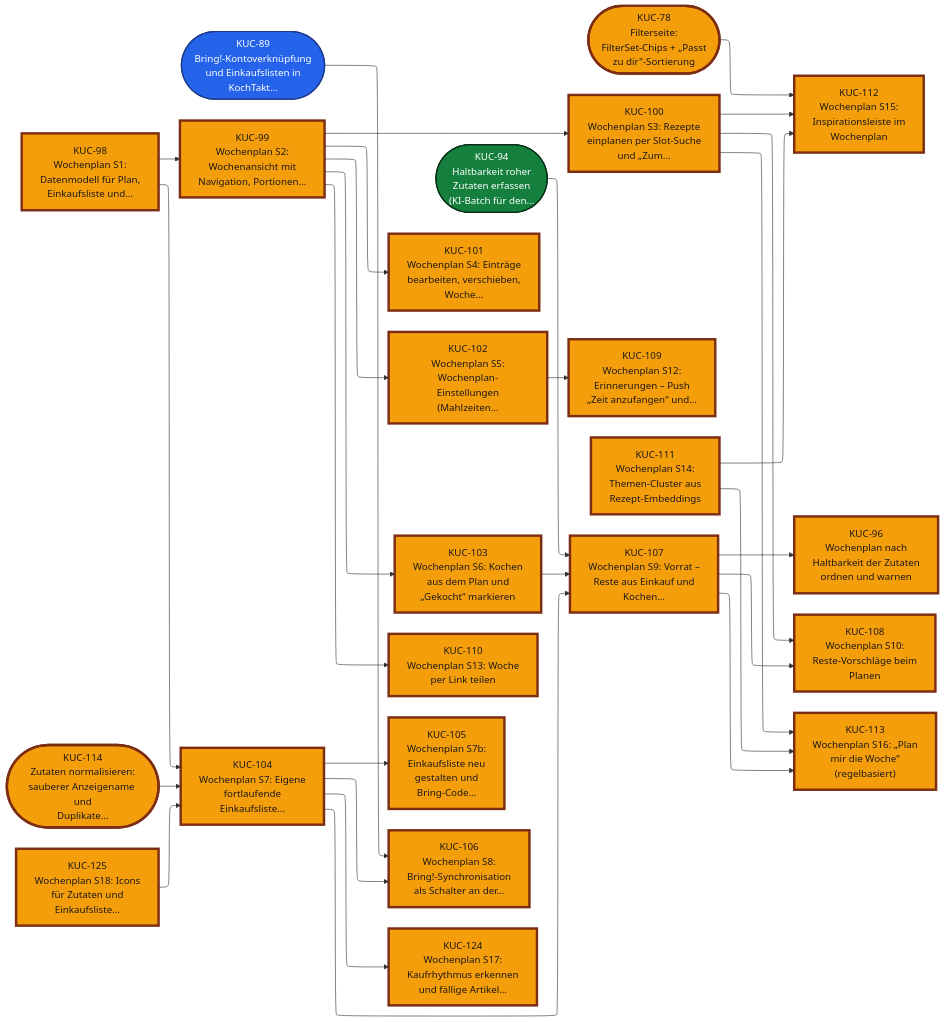
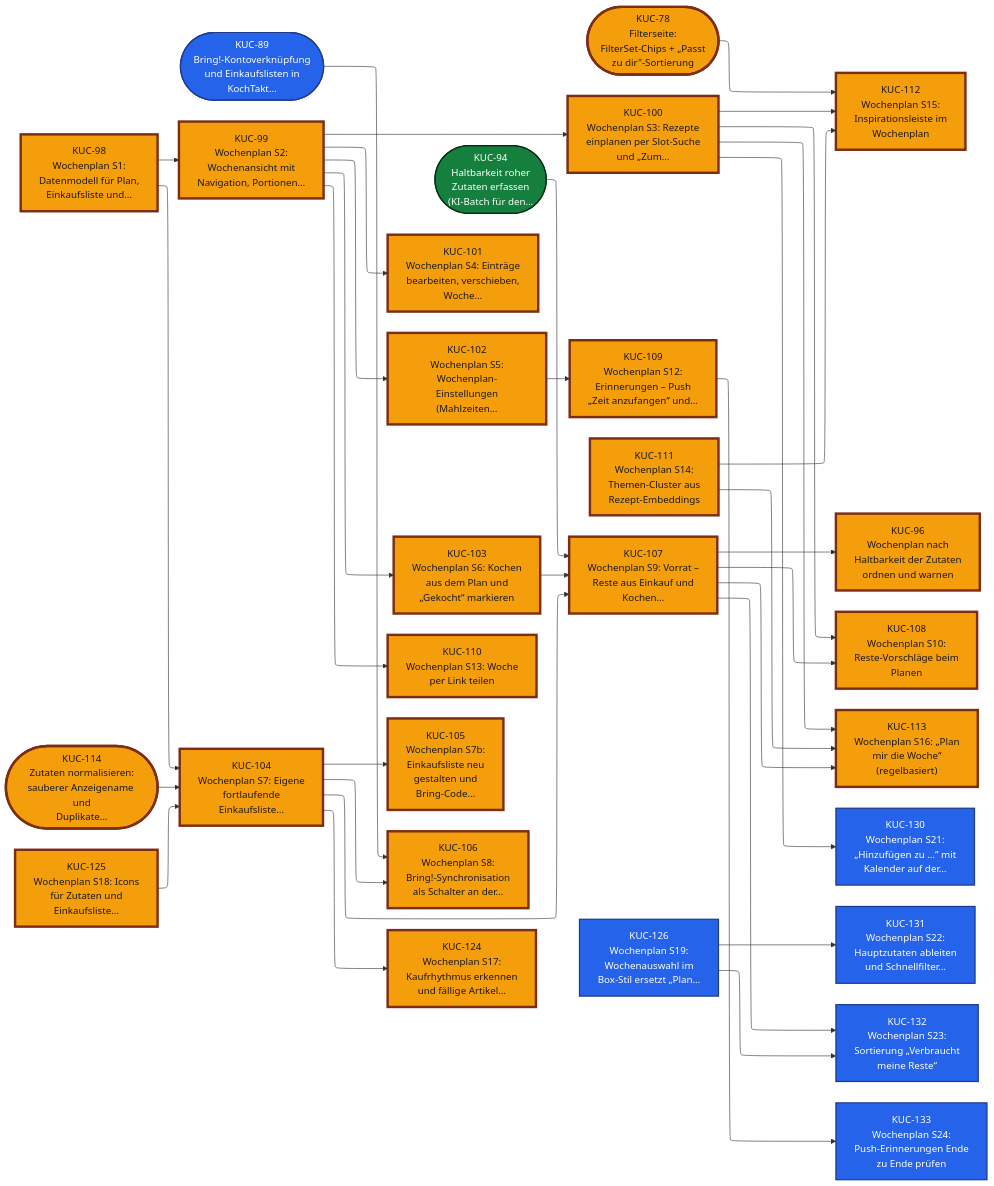
One commit to isntfunny/kitchenpace changed the fifth of 5 diagrams in GAMEPLAN.md. Above: the diagram before and after it, drawn with Mermaid. The commit also changed other lines of this file, not shown here.

Commit message:
docs(gameplan): second-throw tickets KUC-129..133, KUC-126 under the epic (KUC-79)

```diff
--- a/GAMEPLAN.md
+++ b/GAMEPLAN.md
@@ -180,6 +190,11 @@
     KUC108["KUC-108<br/>Wochenplan S10:<br/>Reste-Vorschläge beim<br/>Planen"]:::doing
     KUC113["KUC-113<br/>Wochenplan S16: „Plan<br/>mir die Woche“<br/>#40;regelbasiert#41;"]:::doing
     KUC124["KUC-124<br/>Wochenplan S17:<br/>Kaufrhythmus erkennen<br/>und fällige Artikel…"]:::doing
+    KUC126["KUC-126<br/>Wochenplan S19:<br/>Wochenauswahl im<br/>Box-Stil ersetzt „Plan…"]:::todo
+    KUC130["KUC-130<br/>Wochenplan S21:<br/>„Hinzufügen zu …“ mit<br/>Kalender auf der…"]:::todo
+    KUC131["KUC-131<br/>Wochenplan S22:<br/>Hauptzutaten ableiten<br/>und Schnellfilter…"]:::todo
+    KUC132["KUC-132<br/>Wochenplan S23:<br/>Sortierung „Verbraucht<br/>meine Reste“"]:::todo
+    KUC133["KUC-133<br/>Wochenplan S24:<br/>Push-Erinnerungen Ende<br/>zu Ende prüfen"]:::todo
     KUC78 --> KUC112
     KUC89 --> KUC106
     KUC94 --> KUC107
@@ -193,6 +208,7 @@
     KUC100 --> KUC108
     KUC100 --> KUC112
     KUC100 --> KUC113
+    KUC100 --> KUC130
     KUC102 --> KUC109
     KUC103 --> KUC107
     KUC104 --> KUC105
@@ -202,10 +218,14 @@
     KUC107 --> KUC96
     KUC107 --> KUC108
     KUC107 --> KUC113
+    KUC107 --> KUC132
+    KUC109 --> KUC133
     KUC111 --> KUC112
     KUC111 --> KUC113
     KUC114 --> KUC104
     KUC125 --> KUC104
+    KUC126 --> KUC131
+    KUC126 --> KUC132
     click KUC78 "https://youtrack.tecfriends.de/issue/KUC-78"
     click KUC89 "https://youtrack.tecfriends.de/issue/KUC-89"
     click KUC94 "https://youtrack.tecfriends.de/issue/KUC-94"
@@ -229,6 +249,11 @@
     click KUC114 "https://youtrack.tecfriends.de/issue/KUC-114"
     click KUC124 "https://youtrack.tecfriends.de/issue/KUC-124"
     click KUC125 "https://youtrack.tecfriends.de/issue/KUC-125"
+    click KUC126 "https://youtrack.tecfriends.de/issue/KUC-126"
+    click KUC130 "https://youtrack.tecfriends.de/issue/KUC-130"
+    click KUC131 "https://youtrack.tecfriends.de/issue/KUC-131"
+    click KUC132 "https://youtrack.tecfriends.de/issue/KUC-132"
+    click KUC133 "https://youtrack.tecfriends.de/issue/KUC-133"
     classDef ideas fill:#f3e8ff,stroke:#7e22ce,color:#3b0764,stroke-dasharray:2 4
     classDef backlog fill:#f1f5f9,stroke:#64748b,color:#0f172a,stroke-dasharray:6 4
     classDef todo fill:#2563eb,stroke:#1e3a8a,color:#ffffff,stroke-width:2px
```
